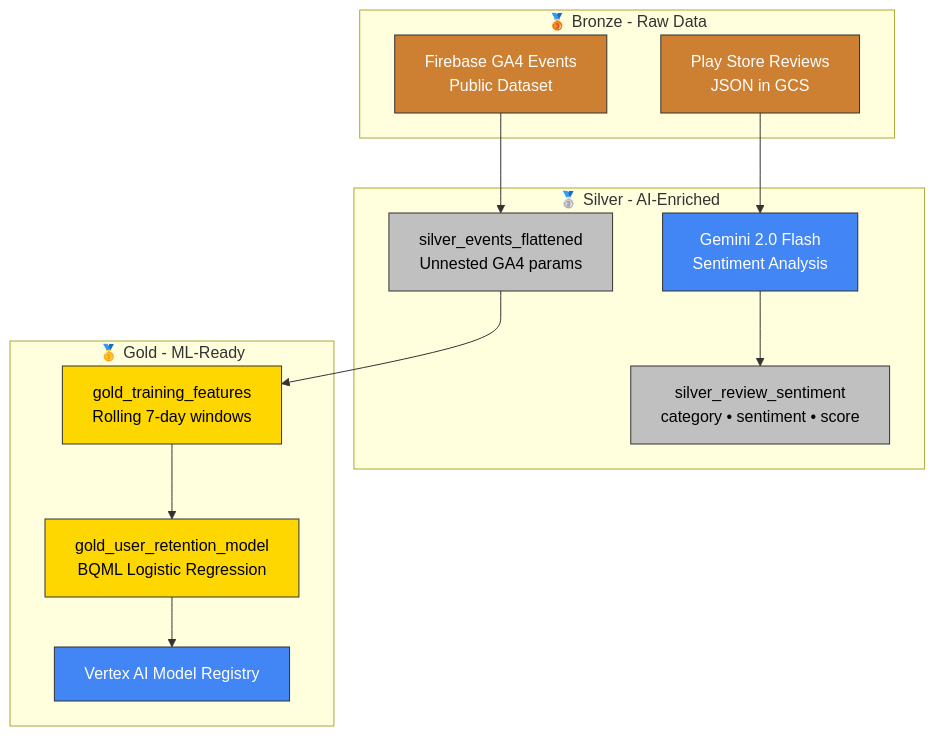
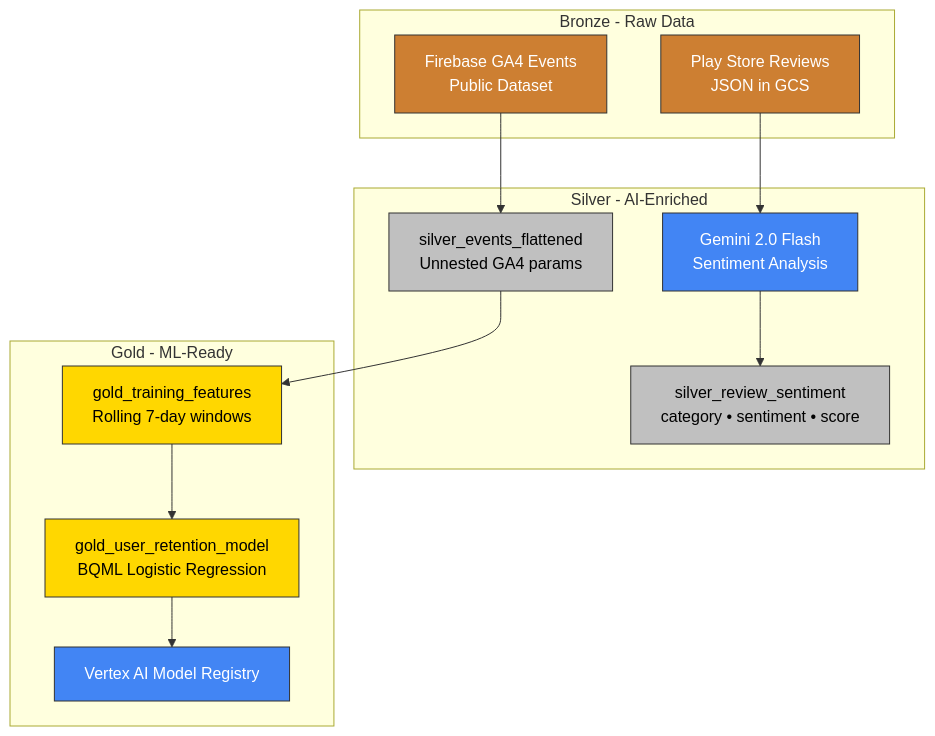
The diagram in README.md (gCloud-Tech-Showcase/Data-Cloud), drawn with Mermaid before and after one commit. The commit also changed other lines of this file and 4 other files, not shown here.

````diff
--- a/README.md
+++ b/README.md
@@ -13,37 +13,37 @@
 ```mermaid
 graph TB
-    subgraph "🥉 Bronze - Raw Data"
+    subgraph "Bronze - Raw Data"
         GCS[Play Store Reviews<br/>JSON in GCS]
         GA4[Firebase GA4 Events<br/>Public Dataset]
     end
 
-    subgraph "🥈 Silver - AI-Enriched"
+    subgraph "Silver - AI-Enriched"
         GEMINI[Gemini 2.0 Flash<br/>Sentiment Analysis]
         SILVER_REV[silver_review_sentiment<br/>category • sentiment • score]
         SILVER_EVT[silver_events_flattened<br/>Unnested GA4 params]
 
         GCS --> GEMINI
         GEMINI --> SILVER_REV
         GA4 --> SILVER_EVT
     end
 
-    subgraph "🥇 Gold - ML-Ready"
+    subgraph "Gold - ML-Ready"
         GOLD_FEAT[gold_training_features<br/>Rolling 7-day windows]
         GOLD_MODEL[gold_user_retention_model<br/>BQML Logistic Regression]
         VERTEX[Vertex AI Model Registry]
 
         SILVER_EVT --> GOLD_FEAT
         GOLD_FEAT --> GOLD_MODEL
         GOLD_MODEL --> VERTEX
     end
 
     classDef bronze fill:#cd7f32,stroke:#333,color:#fff
     classDef silver fill:#c0c0c0,stroke:#333,color:#000
     classDef gold fill:#ffd700,stroke:#333,color:#000
     classDef gcp fill:#4285f4,stroke:#333,color:#fff
 
     class GCS,GA4 bronze
     class SILVER_REV,SILVER_EVT silver
     class GOLD_FEAT,GOLD_MODEL gold
     class GEMINI,VERTEX gcp
 ```
````
